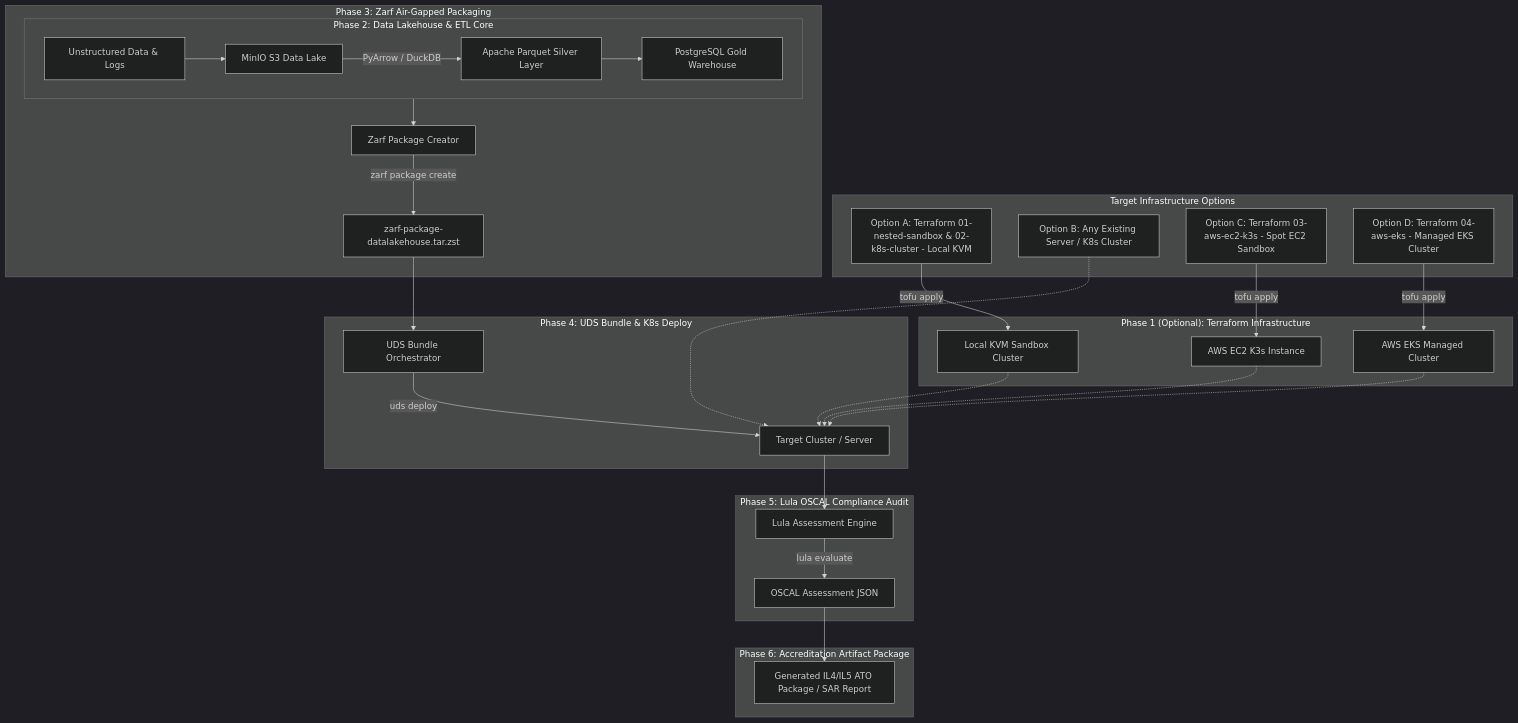
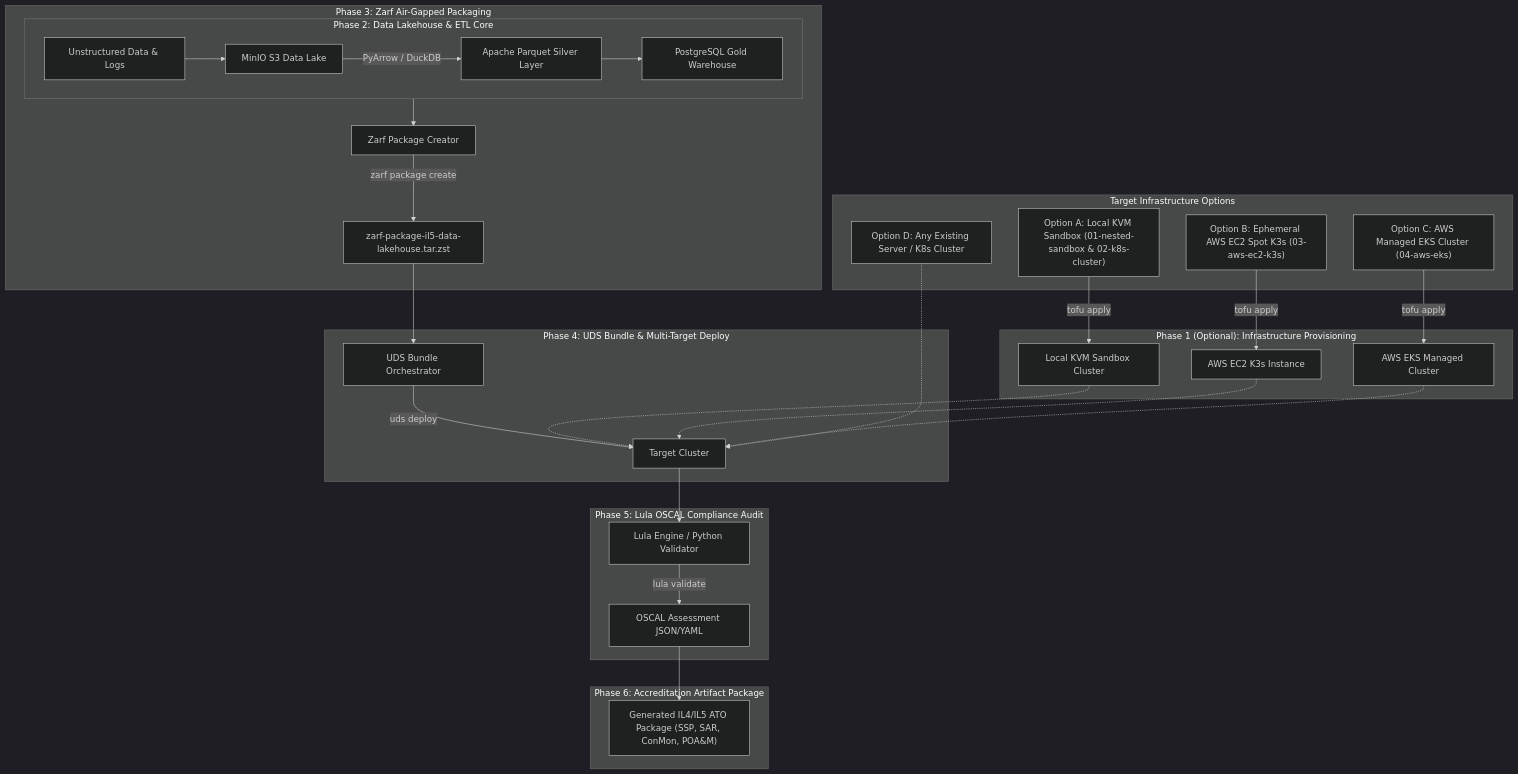
The diagram in PLAN.md (celttechie/zarf-uds-lula-datalakehouse), drawn with Mermaid (dark theme) before and after one commit. The commit also changed other lines of this file and 7 other files, not shown here.

````diff
--- a/PLAN.md
+++ b/PLAN.md
@@ -13,44 +19,44 @@
 ```mermaid
 flowchart TD
     subgraph TargetEnv ["Target Infrastructure Options"]
-        OPT_A[Option A: Terraform 01-nested-sandbox & 02-k8s-cluster - Local KVM]
-        OPT_B[Option B: Any Existing Server / K8s Cluster]
-        OPT_C[Option C: Terraform 03-aws-ec2-k3s - Spot EC2 Sandbox]
-        OPT_D[Option D: Terraform 04-aws-eks - Managed EKS Cluster]
+        OPT_A["Option A: Local KVM Sandbox (01-nested-sandbox & 02-k8s-cluster)"]
+        OPT_B["Option B: Ephemeral AWS EC2 Spot K3s (03-aws-ec2-k3s)"]
+        OPT_C["Option C: AWS Managed EKS Cluster (04-aws-eks)"]
+        OPT_D["Option D: Any Existing Server / K8s Cluster"]
     end
 
-    subgraph P1 ["Phase 1 (Optional): Terraform Infrastructure"]
-        OPT_A -->|tofu apply| K3S_A[Local KVM Sandbox Cluster]
-        OPT_C -->|tofu apply| K3S_C[AWS EC2 K3s Instance]
-        OPT_D -->|tofu apply| EKS_D[AWS EKS Managed Cluster]
+    subgraph P1 ["Phase 1 (Optional): Infrastructure Provisioning"]
+        OPT_A -->|tofu apply| K3S_A["Local KVM Sandbox Cluster"]
+        OPT_B -->|tofu apply| K3S_B["AWS EC2 K3s Instance"]
+        OPT_C -->|tofu apply| EKS_C["AWS EKS Managed Cluster"]
     end
 
     subgraph P2 ["Phase 2: Data Lakehouse & ETL Core"]
-        RAW[Unstructured Data & Logs] --> MINIO[MinIO S3 Data Lake]
-        MINIO -->|PyArrow / DuckDB| PARQUET[Apache Parquet Silver Layer]
-        PARQUET --> PG[PostgreSQL Gold Warehouse]
+        RAW["Unstructured Data & Logs"] --> MINIO["MinIO S3 Data Lake"]
+        MINIO -->|PyArrow / DuckDB| PARQUET["Apache Parquet Silver Layer"]
+        PARQUET --> PG["PostgreSQL Gold Warehouse"]
     end
 
     subgraph P3 ["Phase 3: Zarf Air-Gapped Packaging"]
-        P2 --> ZARF[Zarf Package Creator]
-        ZARF -->|zarf package create| TAR[zarf-package-datalakehouse.tar.zst]
+        P2 --> ZARF["Zarf Package Creator"]
+        ZARF -->|"zarf package create"| TAR["zarf-package-il5-data-lakehouse.tar.zst"]
     end
 
-    subgraph P4 ["Phase 4: UDS Bundle & K8s Deploy"]
-        TAR --> UDS[UDS Bundle Orchestrator]
-        UDS -->|uds deploy| K3S[Target Cluster / Server]
-        K3S_A -.-> K3S
-        K3S_C -.-> K3S
-        EKS_D -.-> K3S
-        OPT_B -.-> K3S
+    subgraph P4 ["Phase 4: UDS Bundle & Multi-Target Deploy"]
+        TAR --> UDS["UDS Bundle Orchestrator"]
+        UDS -->|"uds deploy"| K8S["Target Cluster"]
+        K3S_A -.-> K8S
+        K3S_B -.-> K8S
+        EKS_C -.-> K8S
+        OPT_D -.-> K8S
     end
 
     subgraph P5 ["Phase 5: Lula OSCAL Compliance Audit"]
-        K3S --> LULA[Lula Assessment Engine]
-        LULA -->|lula evaluate| OSCAL[OSCAL Assessment JSON]
+        K8S --> LULA["Lula Engine / Python Validator"]
+        LULA -->|"lula validate"| OSCAL["OSCAL Assessment JSON/YAML"]
     end
 
     subgraph P6 ["Phase 6: Accreditation Artifact Package"]
-        OSCAL --> REPORT[Generated IL4/IL5 ATO Package / SAR Report]
+        OSCAL --> REPORT["Generated IL4/IL5 ATO Package (SSP, SAR, ConMon, POA&M)"]
     end
 ```
````
